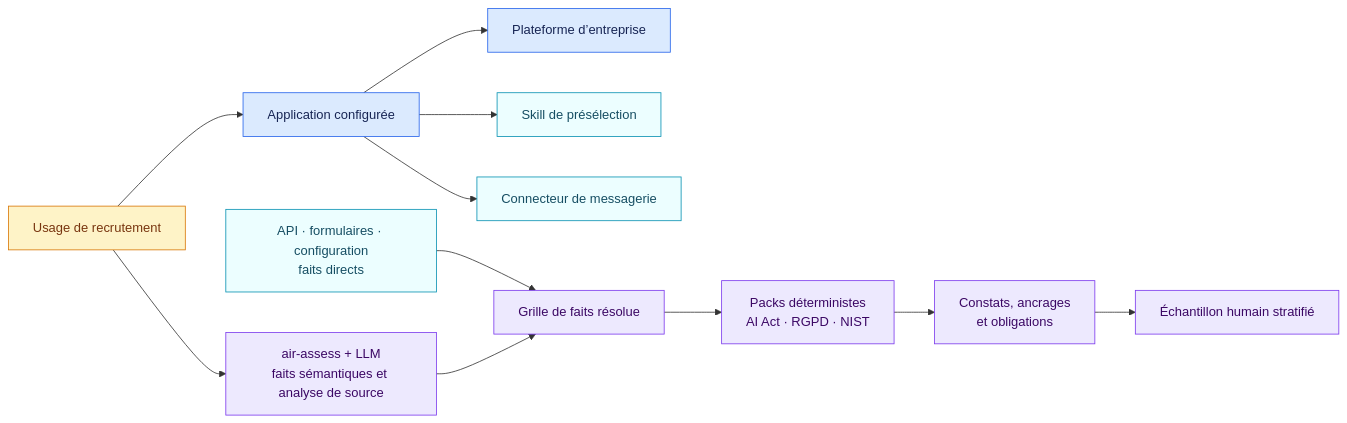
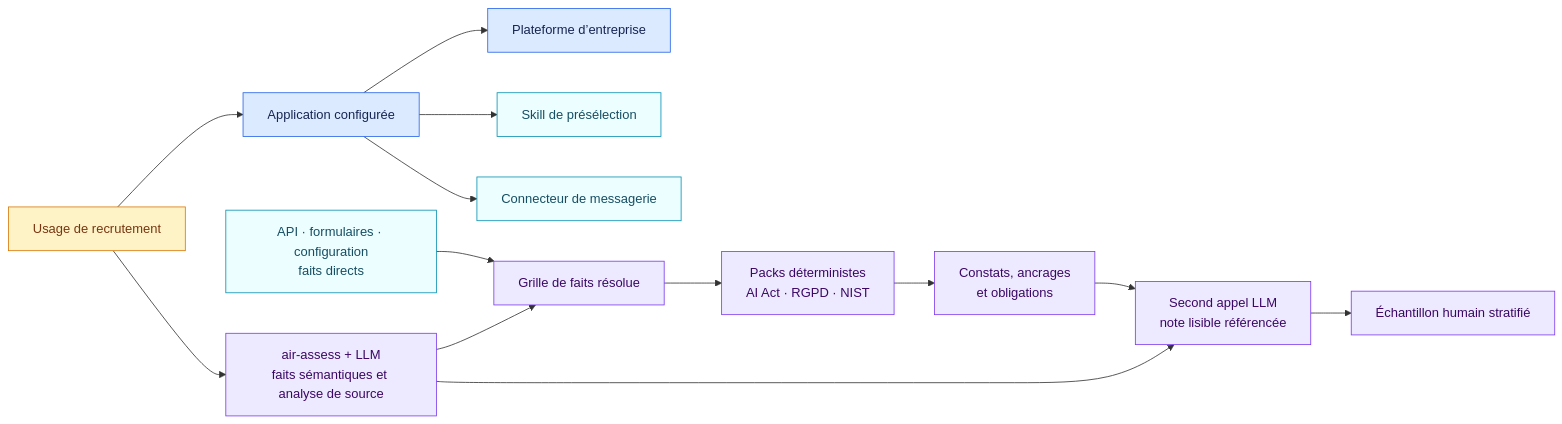
Before and after one commit to NickChaps/Open-AIRS: the diagram in examples/ai-governance/README.fr.md, drawn with Mermaid. The commit also changed other lines of this file and 58 other files, not shown here.

````diff
--- a/examples/ai-governance/README.fr.md
+++ b/examples/ai-governance/README.fr.md
@@ -11,22 +11,24 @@
 ```mermaid
 flowchart LR
     U["Usage de recrutement"] --> A["Application configurée"]
     A --> P["Plateforme d’entreprise"]
     A --> S["Skill de présélection"]
     A --> C["Connecteur de messagerie"]
     D["API · formulaires · configuration<br/>faits directs"] --> F["Grille de faits résolue"]
     U --> X["air-assess + LLM<br/>faits sémantiques et analyse de source"]
     X --> F
     F --> E["Packs déterministes<br/>AI Act · RGPD · NIST"]
     E --> R["Constats, ancrages<br/>et obligations"]
-    R --> H["Échantillon humain stratifié"]
+    X --> N["Second appel LLM<br/>note lisible référencée"]
+    R --> N
+    N --> H["Échantillon humain stratifié"]
 
     classDef use fill:#fef3c7,stroke:#d97706,color:#78350f
     classDef app fill:#dbeafe,stroke:#2563eb,color:#172554
     classDef component fill:#ecfeff,stroke:#0891b2,color:#164e63
     classDef decision fill:#ede9fe,stroke:#7c3aed,color:#3b0764
     class U use
     class A,P app
     class S,C,D component
-    class X,F,E,R,H decision
+    class X,F,E,R,N,H decision
 ```
````
